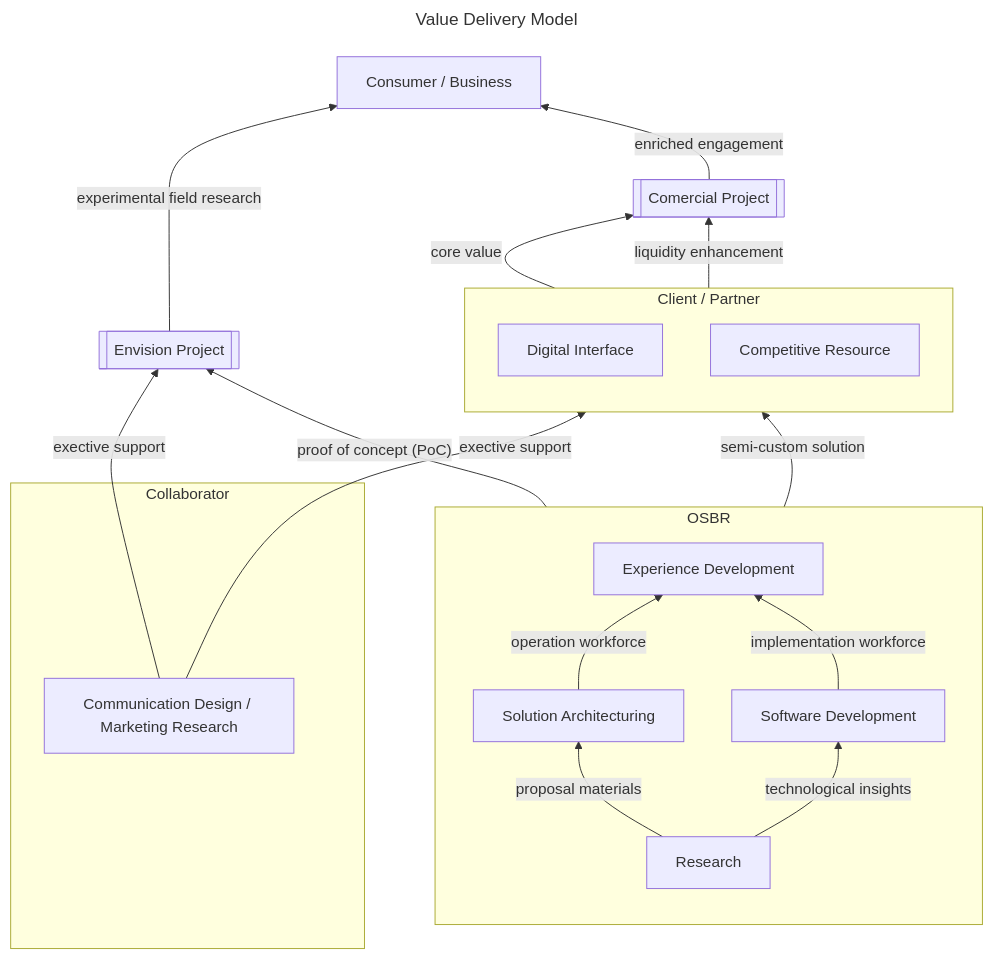
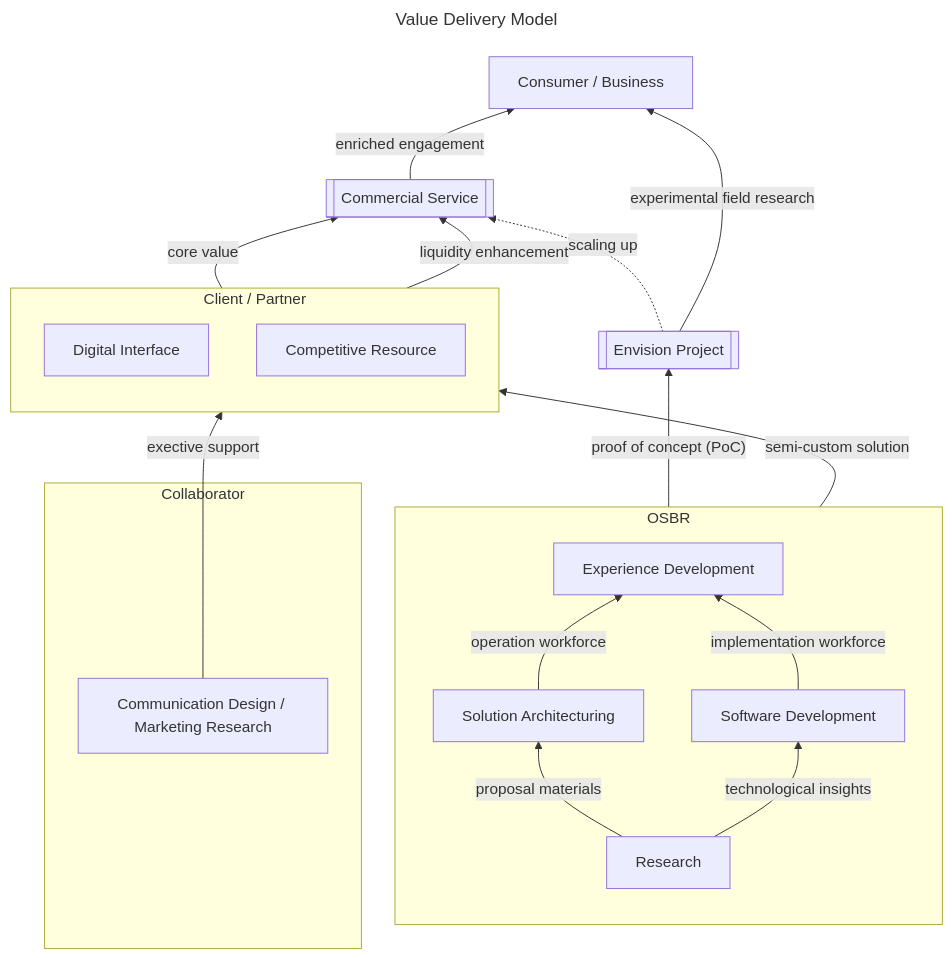
Before and after one commit to osbrjp/handbook: the first of 5 diagrams in doc/strategy.md, drawn with Mermaid. The commit also changed other lines of this file, not shown here.

Commit message:
Wip on 3

`````diff
--- a/doc/strategy.md
+++ b/doc/strategy.md
@@ -15,29 +15,29 @@
 ```mermaid
 ---
 title: Value Delivery Model
 ---
 graph BT;
     subgraph OSBR
       direction BT
       SA[Solution Architecturing] -- "operation workforce" --> ED[Experience Development];
       SD[Software Development] -- "implementation workforce" --> ED;
       R[Research] -- "proposal materials" --> SA;
       R[Research] -- "technological insights" --> SD;
     end
 
     ED -- "proof of concept (PoC)" --> EFR[[Envision Project]];
 
-    subgraph Client / Partner
+    subgraph CP[Client / Partner]
       direction BT
       ED -- "semi-custom solution" --> CDE[Digital Interface];
       CCV[Competitive Resource]
     end
     subgraph Collaborator
       CD[Communication Design / Marketing Research] --"exective support"--> CDE
     end
-    CD --"exective support"--> EFR
-    CCV -- "core value" --> CS[[Comercial Project]];
+    EFR -. "scaling up" .-> CS;
+    CCV -- "core value" --> CS[[Commercial Service]];
     CDE -- "liquidity enhancement" --> CS;
     EFR -- "experimental field research" --> U[Consumer / Business];
     CS -- "enriched engagement" --> U;
 ````
`````
